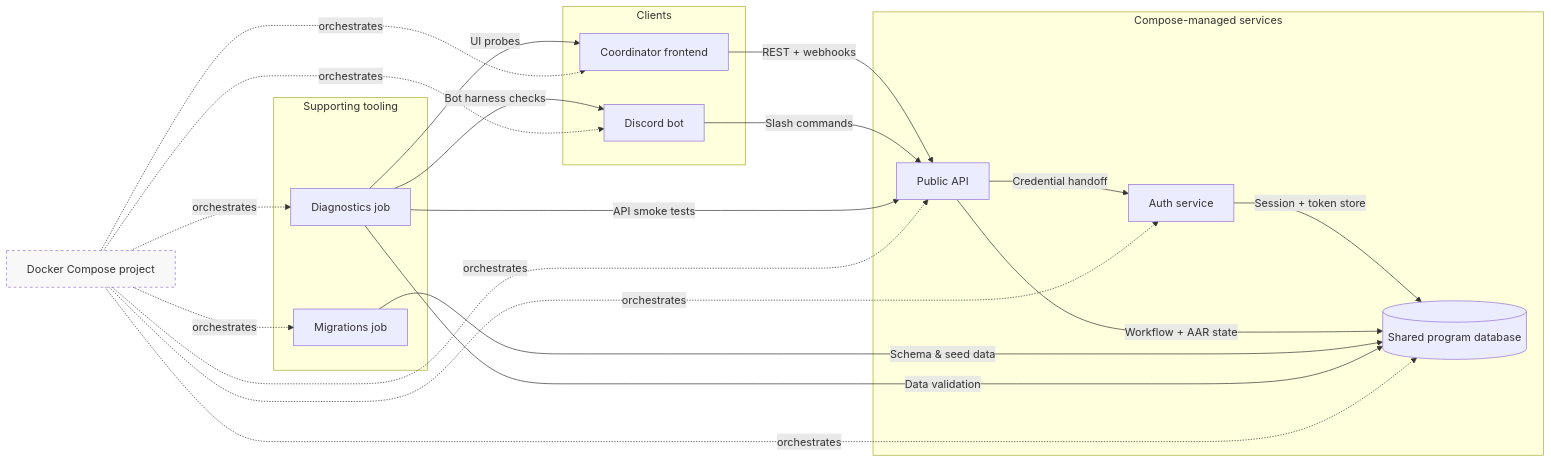
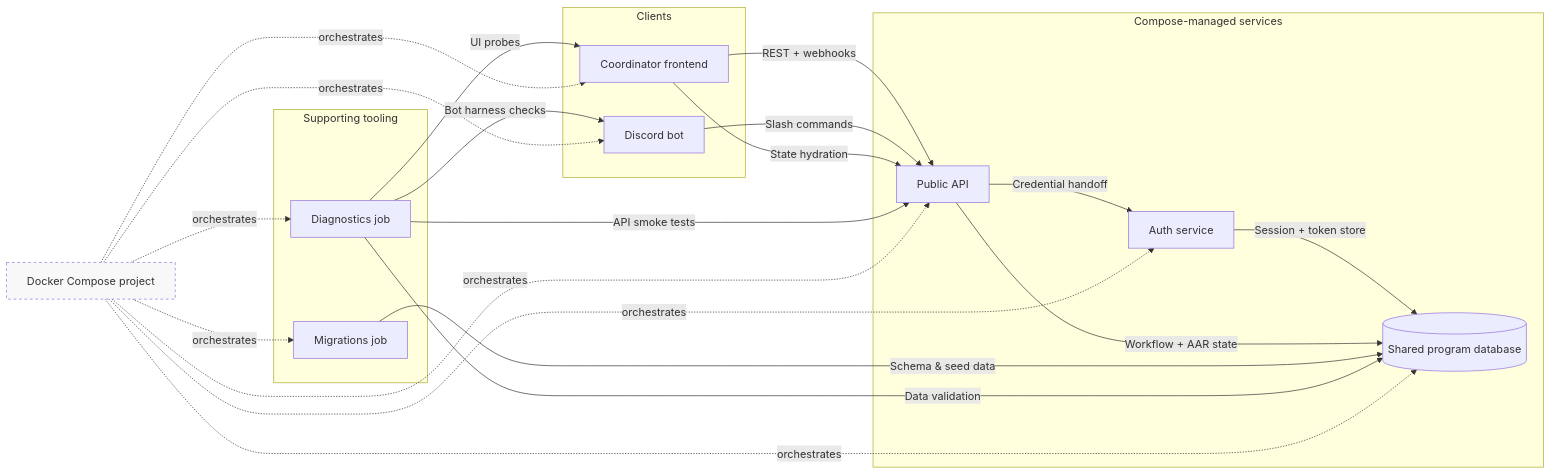
The diagram in projects/devonboarder/docs/architecture.md (reesey275/Reesey275), drawn with Mermaid before and after one commit. The commit also changed other lines of this file, not shown here.

Commit message:
docs(devonboarder): tighten architecture overview

````diff
--- a/projects/devonboarder/docs/architecture.md
+++ b/projects/devonboarder/docs/architecture.md
@@ -10,42 +10,43 @@
 ```mermaid
 flowchart LR
     classDef orchestrator stroke-dasharray: 4 4, fill:#f8f8f8;
 
     subgraph Clients
         Frontend[Coordinator frontend]
         DiscordBot[Discord bot]
     end
 
     subgraph CoreServices[Compose-managed services]
         API[Public API]
         Auth[Auth service]
         DB[(Shared program database)]
     end
 
     subgraph Tooling[Supporting tooling]
         Migrations[Migrations job]
         Diagnostics[Diagnostics job]
     end
 
     Compose[Docker Compose project]:::orchestrator
 
     Frontend -->|REST + webhooks| API
     DiscordBot -->|Slash commands| API
     API -->|Credential handoff| Auth
     Auth -->|Session + token store| DB
     API -->|Workflow + AAR state| DB
+    Frontend -->|State hydration| API
 
     Migrations -->|Schema & seed data| DB
     Diagnostics -->|API smoke tests| API
     Diagnostics -->|Bot harness checks| DiscordBot
     Diagnostics -->|UI probes| Frontend
     Diagnostics -->|Data validation| DB
 
     Compose -. orchestrates .-> Frontend
     Compose -. orchestrates .-> DiscordBot
     Compose -. orchestrates .-> API
     Compose -. orchestrates .-> Auth
     Compose -. orchestrates .-> DB
     Compose -. orchestrates .-> Migrations
     Compose -. orchestrates .-> Diagnostics
 ```
````
